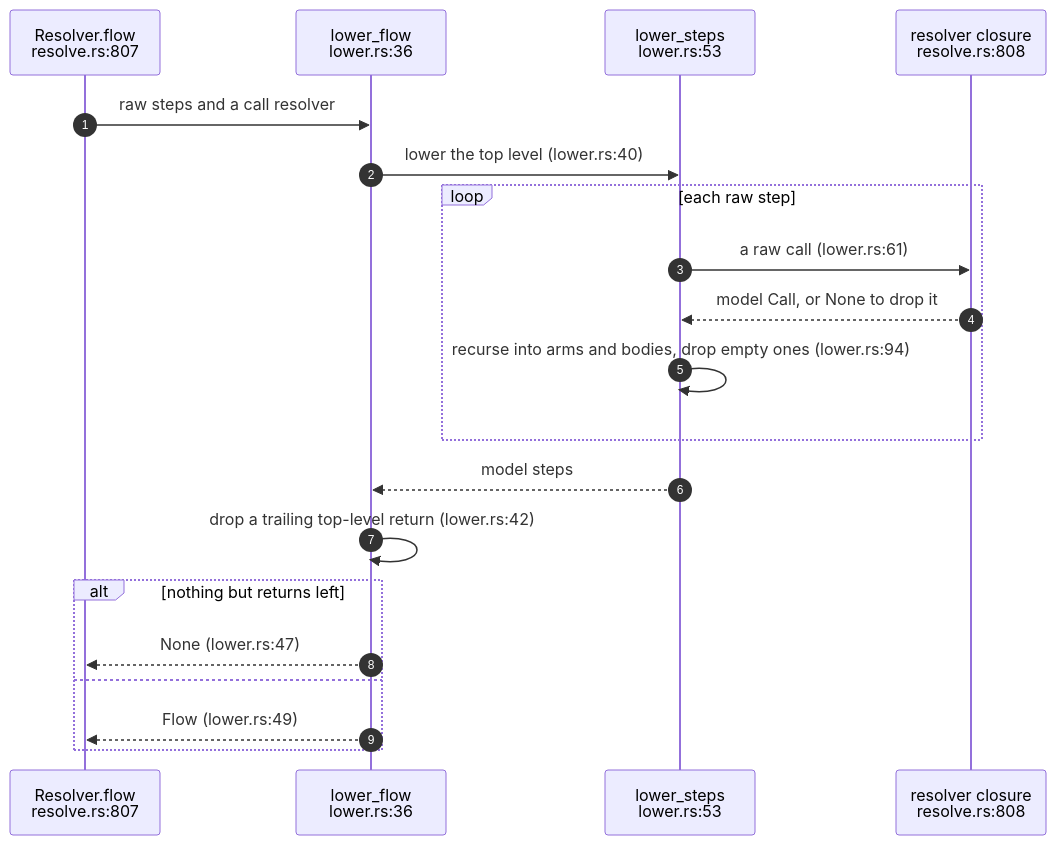
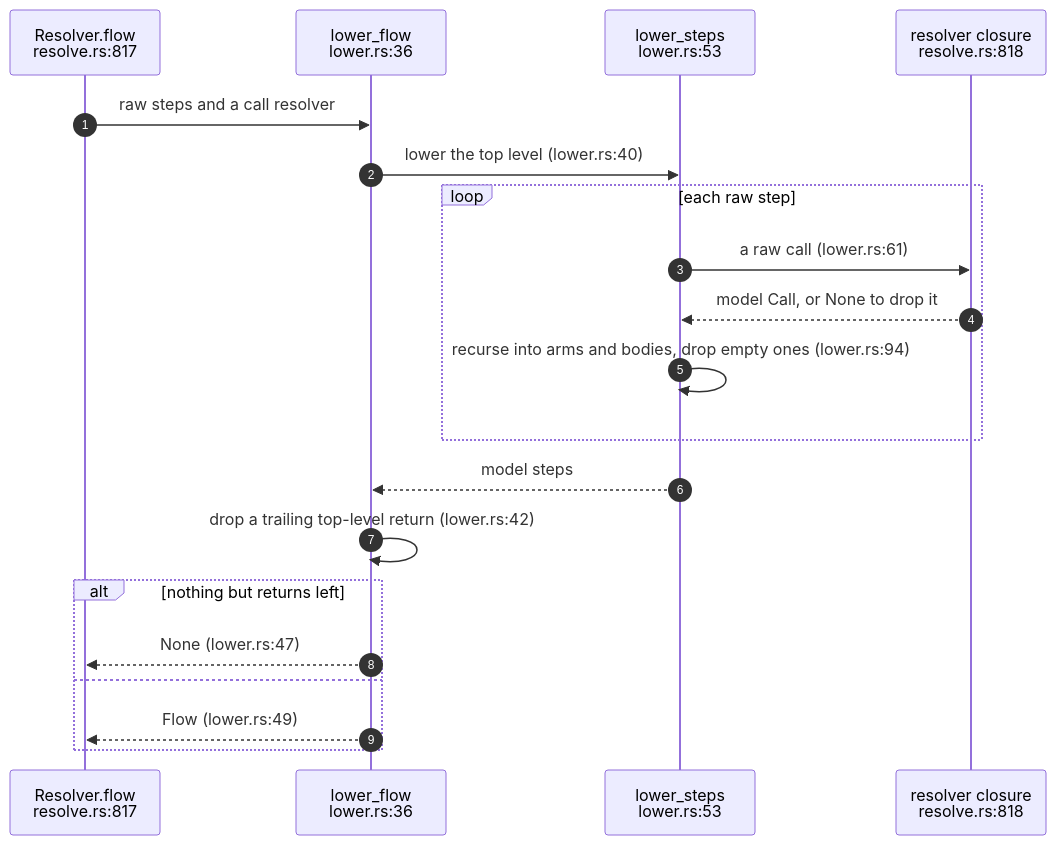
One commit to DreamLab-AI/codemaid changed the first of 5 diagrams in docs/diagrams/extract/04-lowering-confidence-and-labels.md. Above: the diagram before and after it, drawn with Mermaid. The commit also changed other lines of this file and 23 other files, not shown here.

````diff
--- a/docs/diagrams/extract/04-lowering-confidence-and-labels.md
+++ b/docs/diagrams/extract/04-lowering-confidence-and-labels.md
@@ -57,22 +57,22 @@
 ```mermaid
 sequenceDiagram
     autonumber
-    participant RS as Resolver.flow<br/>resolve.rs:807
+    participant RS as Resolver.flow<br/>resolve.rs:817
     participant LF as lower_flow<br/>lower.rs:36
     participant LS as lower_steps<br/>lower.rs:53
-    participant CB as resolver closure<br/>resolve.rs:808
+    participant CB as resolver closure<br/>resolve.rs:818
     RS->>LF: raw steps and a call resolver
     LF->>LS: lower the top level (lower.rs:40)
     loop each raw step
         LS->>CB: a raw call (lower.rs:61)
         CB-->>LS: model Call, or None to drop it
         LS->>LS: recurse into arms and bodies, drop empty ones (lower.rs:94)
     end
     LS-->>LF: model steps
     LF->>LF: drop a trailing top-level return (lower.rs:42)
     alt nothing but returns left
         LF-->>RS: None (lower.rs:47)
     else
         LF-->>RS: Flow (lower.rs:49)
     end
 ```
````
